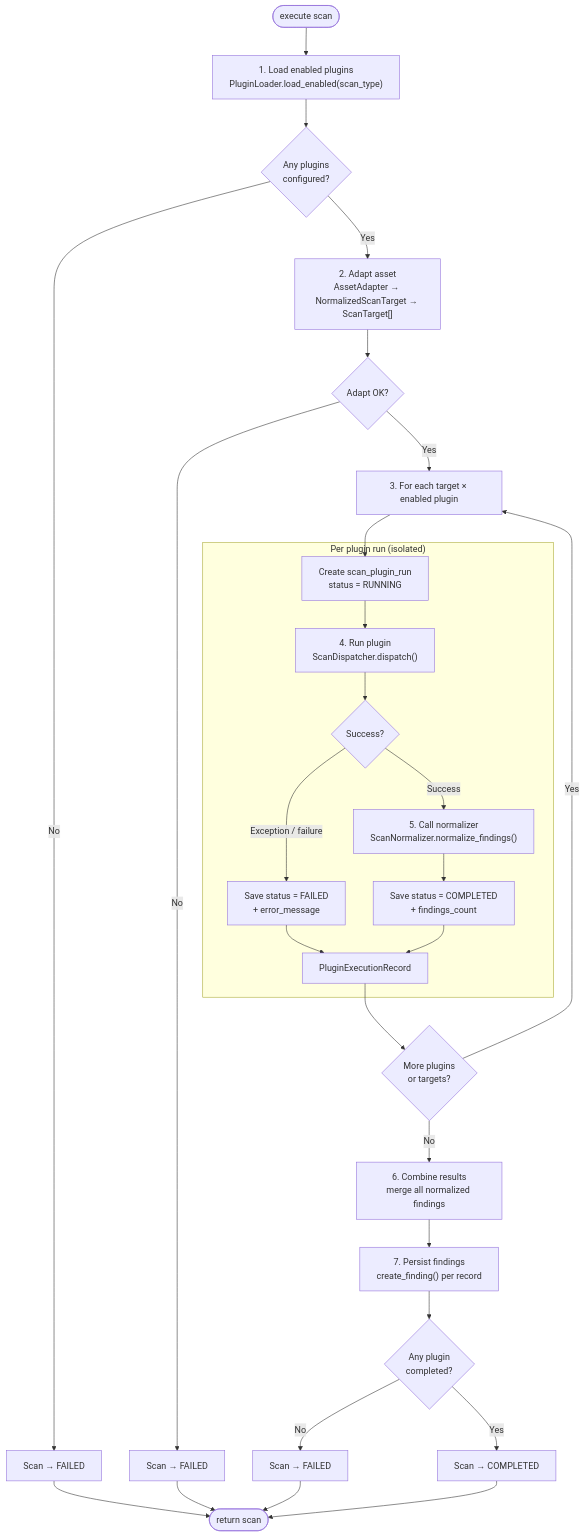
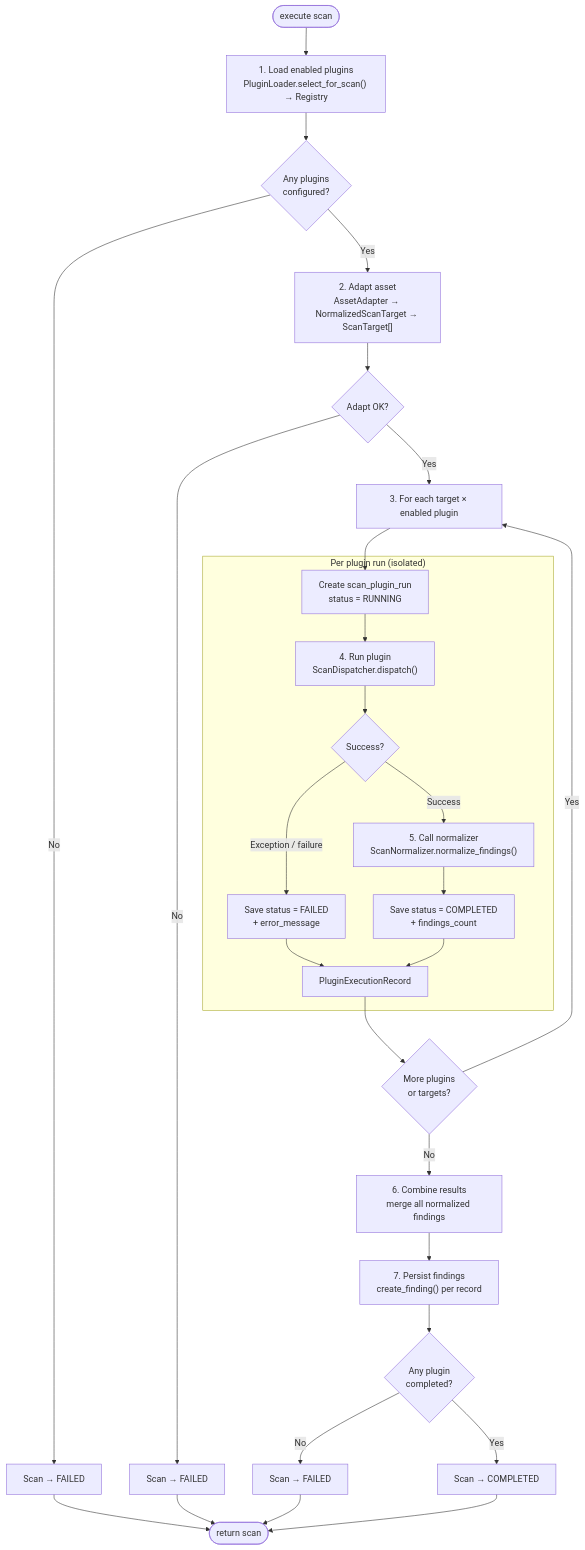
One commit to notjiji/Sandbox changed the second of 6 diagrams in docs/scan-engine.md. Above: the diagram before and after it, drawn with Mermaid. The commit also changed other lines of this file and 15 other files, not shown here.

````diff
--- a/docs/scan-engine.md
+++ b/docs/scan-engine.md
@@ -101,43 +101,43 @@
 ```mermaid
 flowchart TD
     START([execute scan]) --> A
 
-    A["1. Load enabled plugins\nPluginLoader.load_enabled(scan_type)"]
+    A["1. Load enabled plugins\nPluginLoader.select_for_scan() → Registry"]
     A --> B{Any plugins\nconfigured?}
     B -->|No| FAIL1["Scan → FAILED"]
     B -->|Yes| C
 
     C["2. Adapt asset\nAssetAdapter → NormalizedScanTarget → ScanTarget[]"]
     C --> D{Adapt OK?}
     D -->|No| FAIL2["Scan → FAILED"]
     D -->|Yes| E
 
     E["3. For each target × enabled plugin"]
     E --> F
 
     subgraph PerPlugin["Per plugin run (isolated)"]
         F["Create scan_plugin_run\nstatus = RUNNING"]
         F --> G["4. Run plugin\nScanDispatcher.dispatch()"]
         G --> H{Success?}
         H -->|Exception / failure| I["Save status = FAILED\n+ error_message"]
         H -->|Success| J["5. Call normalizer\nScanNormalizer.normalize_findings()"]
         J --> K["Save status = COMPLETED\n+ findings_count"]
         I --> L["PluginExecutionRecord"]
         K --> L
     end
 
     L --> M{More plugins\nor targets?}
     M -->|Yes| E
     M -->|No| N
 
     N["6. Combine results\nmerge all normalized findings"]
     N --> O["7. Persist findings\ncreate_finding() per record"]
     O --> P{Any plugin\ncompleted?}
     P -->|Yes| OK["Scan → COMPLETED"]
     P -->|No| FAIL3["Scan → FAILED"]
 
     FAIL1 --> END([return scan])
     FAIL2 --> END
     FAIL3 --> END
     OK --> END
 ```
````
